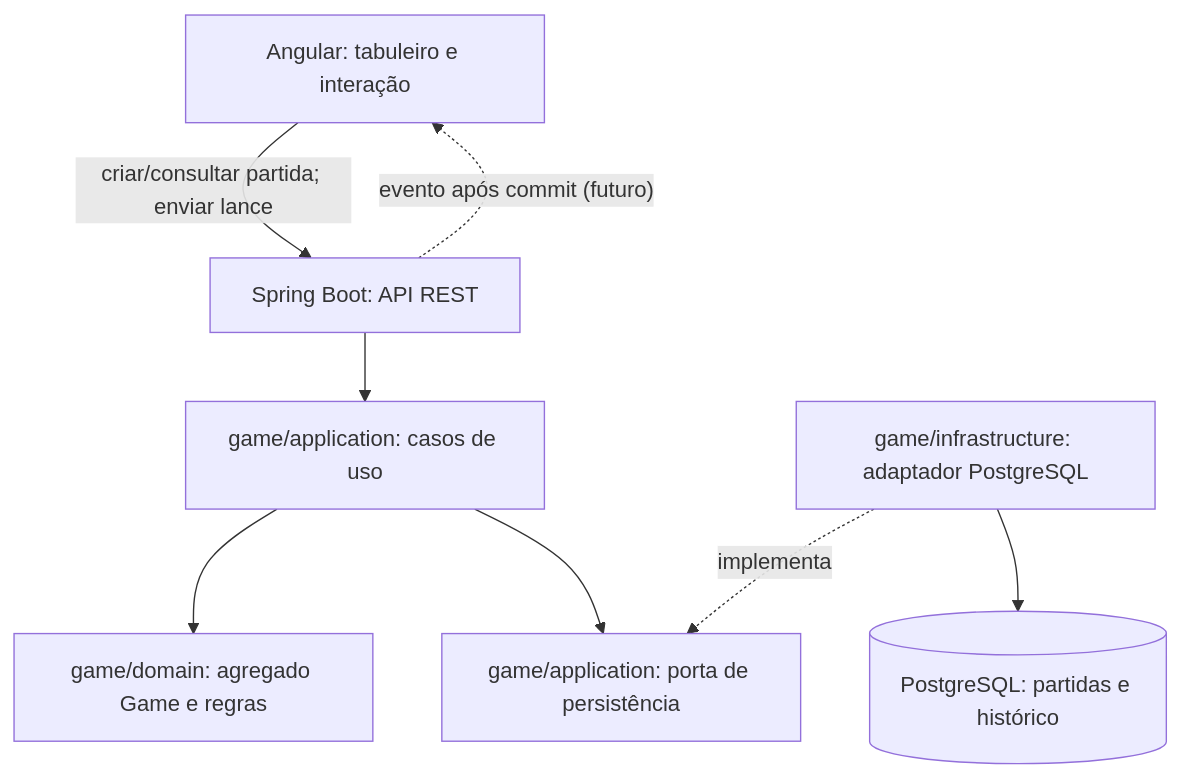
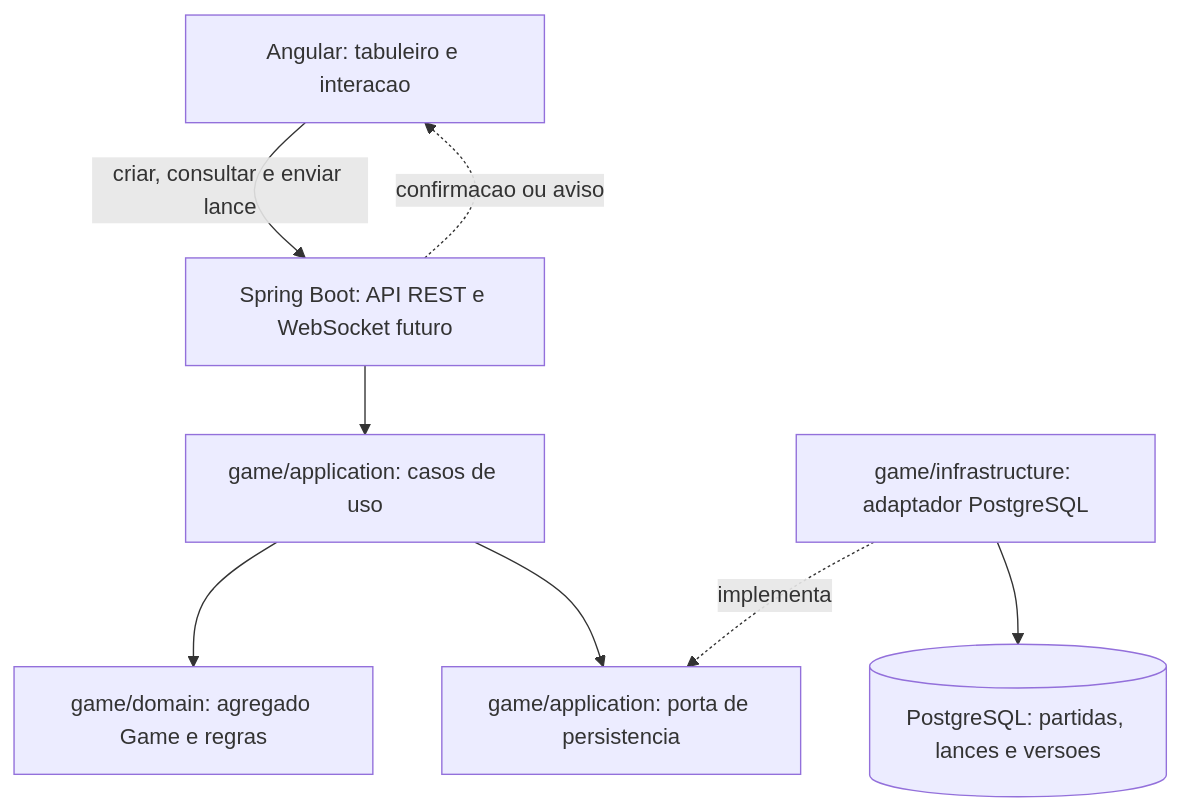
One commit to ralvesper/checkers-aws changed the first of 3 diagrams in docs/diagrams/application-architecture.md. Above: the diagram before and after it, drawn with Mermaid. The commit also changed other lines of this file, not shown here.

````diff
--- a/docs/diagrams/application-architecture.md
+++ b/docs/diagrams/application-architecture.md
@@ -5,18 +7,18 @@
 ```mermaid
 flowchart TB
-    UI["Angular: tabuleiro e interação"]
-    API["Spring Boot: API REST"]
+    UI["Angular: tabuleiro e interacao"]
+    API["Spring Boot: API REST e WebSocket futuro"]
     APP["game/application: casos de uso"]
     DOMAIN["game/domain: agregado Game e regras"]
-    PORT["game/application: porta de persistência"]
+    PORT["game/application: porta de persistencia"]
     ADAPTER["game/infrastructure: adaptador PostgreSQL"]
-    DB[("PostgreSQL: partidas e histórico")]
+    DB[("PostgreSQL: partidas, lances e versoes")]
 
-    UI -->|"criar/consultar partida; enviar lance"| API
+    UI -->|"criar, consultar e enviar lance"| API
     API --> APP
     APP --> DOMAIN
     APP --> PORT
     ADAPTER -. "implementa" .-> PORT
     ADAPTER --> DB
-    API -. "evento após commit (futuro)" .-> UI
+    API -. "confirmacao ou aviso" .-> UI
 ```
````
